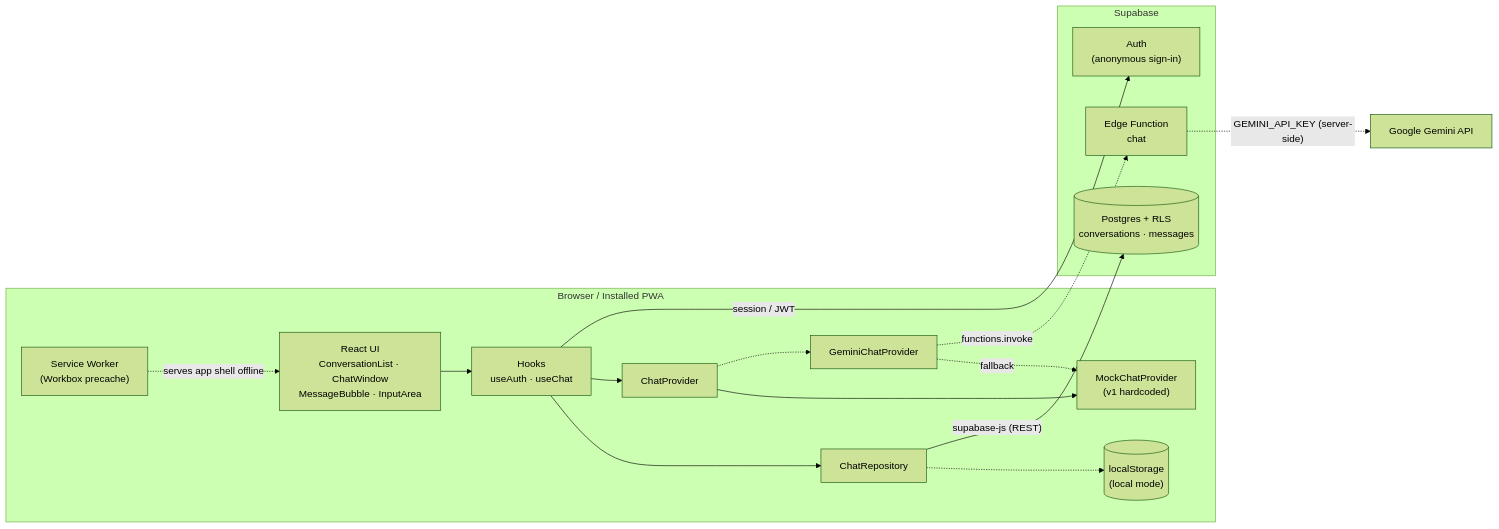
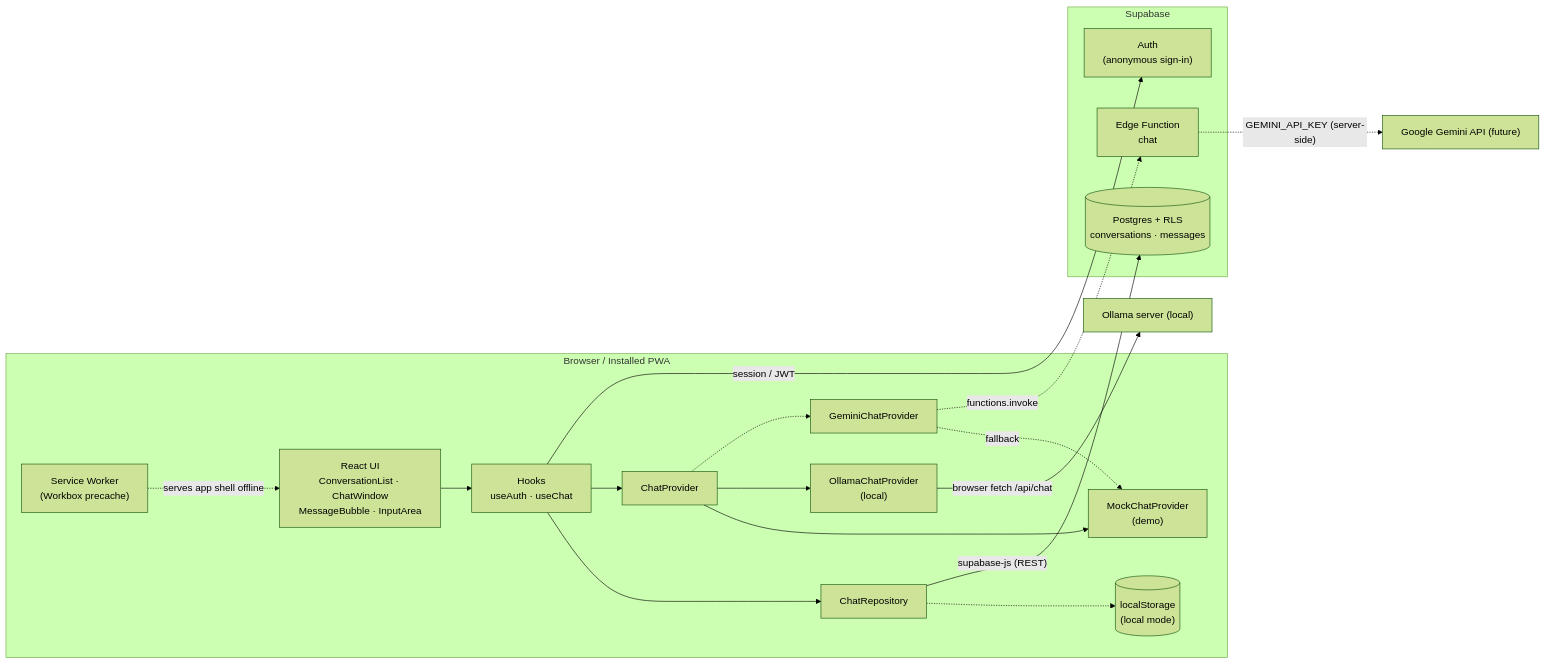
One commit to ada-school/ai-chat changed the first of 3 diagrams in README.md. Above: the diagram before and after it, drawn with Mermaid (forest theme). The commit also changed other lines of this file and 16 other files, not shown here.

Commit message:
implemented ollama integration for local llm

````diff
--- a/README.md
+++ b/README.md
@@ -102,35 +125,39 @@
 ```mermaid
 flowchart LR
     subgraph Client["Browser / Installed PWA"]
         UI["React UI<br/>ConversationList · ChatWindow<br/>MessageBubble · InputArea"]
         Hooks["Hooks<br/>useAuth · useChat"]
         Repo["ChatRepository"]
         Provider["ChatProvider"]
-        Mock["MockChatProvider<br/>(v1 hardcoded)"]
+        Mock["MockChatProvider<br/>(demo)"]
+        Ollama["OllamaChatProvider<br/>(local)"]
         Gemini["GeminiChatProvider"]
         Local[("localStorage<br/>(local mode)")]
         SW["Service Worker<br/>(Workbox precache)"]
 
         UI --> Hooks
         Hooks --> Repo
         Hooks --> Provider
         Provider --> Mock
+        Provider --> Ollama
         Provider -.-> Gemini
         Gemini -. fallback .-> Mock
         Repo -.-> Local
     end
+
+    Ollama -- "browser fetch /api/chat" --> LocalLLM["Ollama server (local)"]
 
     subgraph Supabase
         Auth["Auth<br/>(anonymous sign-in)"]
         DB[("Postgres + RLS<br/>conversations · messages")]
         Fn["Edge Function<br/>chat"]
     end
 
-    GeminiAPI["Google Gemini API"]
+    GeminiAPI["Google Gemini API (future)"]
 
     Hooks -- "session / JWT" --> Auth
     Repo -- "supabase-js (REST)" --> DB
     Gemini -. "functions.invoke" .-> Fn
     Fn -. "GEMINI_API_KEY (server-side)" .-> GeminiAPI
     SW -. "serves app shell offline" .-> UI
 ```
````
